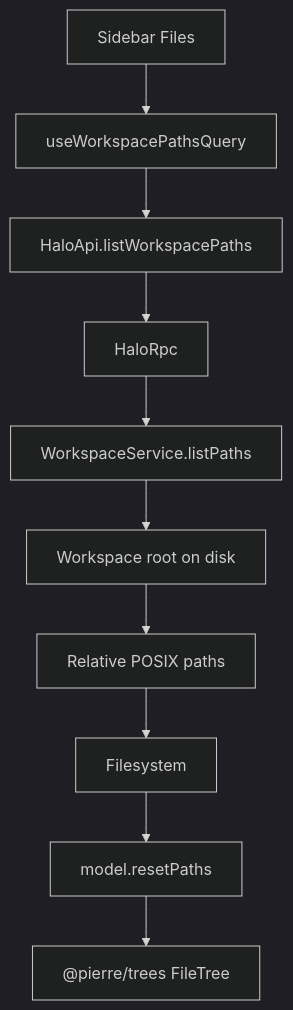
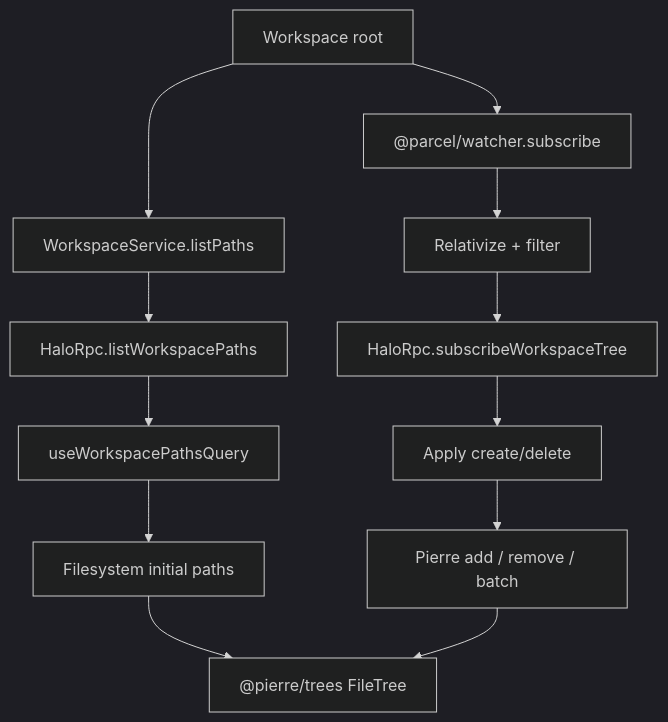
One commit to tanishqkancharla/halo-v2 changed the first of 2 diagrams in specs/workspace-filesystem-tree.md. Above: the diagram before and after it, drawn with Mermaid (dark theme). The commit also changed other lines of this file, not shown here.

First line of the commit message:
Spec realtime workspace tree via @parcel/watcher

````diff
--- a/specs/workspace-filesystem-tree.md
+++ b/specs/workspace-filesystem-tree.md
@@ -5,12 +5,14 @@
 ```mermaid
 flowchart TD
-    Sidebar[Sidebar Files] --> Query[useWorkspacePathsQuery]
-    Query --> Api[HaloApi.listWorkspacePaths]
-    Api --> Rpc[HaloRpc]
-    Rpc --> Ws[WorkspaceService.listPaths]
-    Ws --> Disk[Workspace root on disk]
-    Disk --> Paths[Relative POSIX paths]
-    Paths --> Fs[Filesystem]
-    Fs --> Reset[model.resetPaths]
-    Reset --> Tree["@pierre/trees FileTree"]
+    Disk[Workspace root] --> List[WorkspaceService.listPaths]
+    Disk --> Watch["@parcel/watcher.subscribe"]
+    List --> RpcList[HaloRpc.listWorkspacePaths]
+    Watch --> Map[Relativize + filter]
+    Map --> RpcSub[HaloRpc.subscribeWorkspaceTree]
+    RpcList --> Query[useWorkspacePathsQuery]
+    RpcSub --> Apply[Apply create/delete]
+    Query --> Fs[Filesystem initial paths]
+    Apply --> Model["Pierre add / remove / batch"]
+    Fs --> Tree["@pierre/trees FileTree"]
+    Model --> Tree
 ```
````
